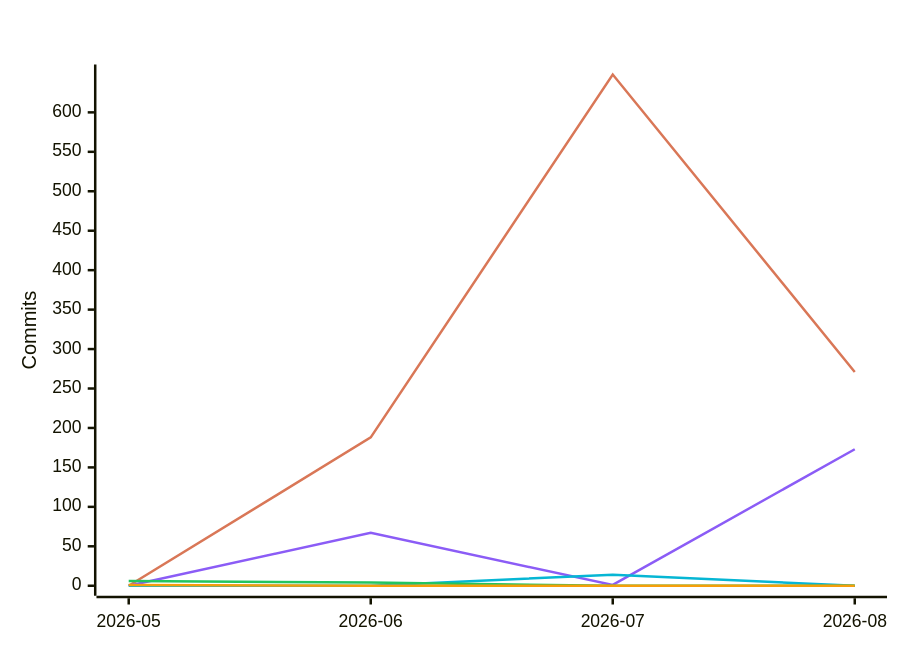
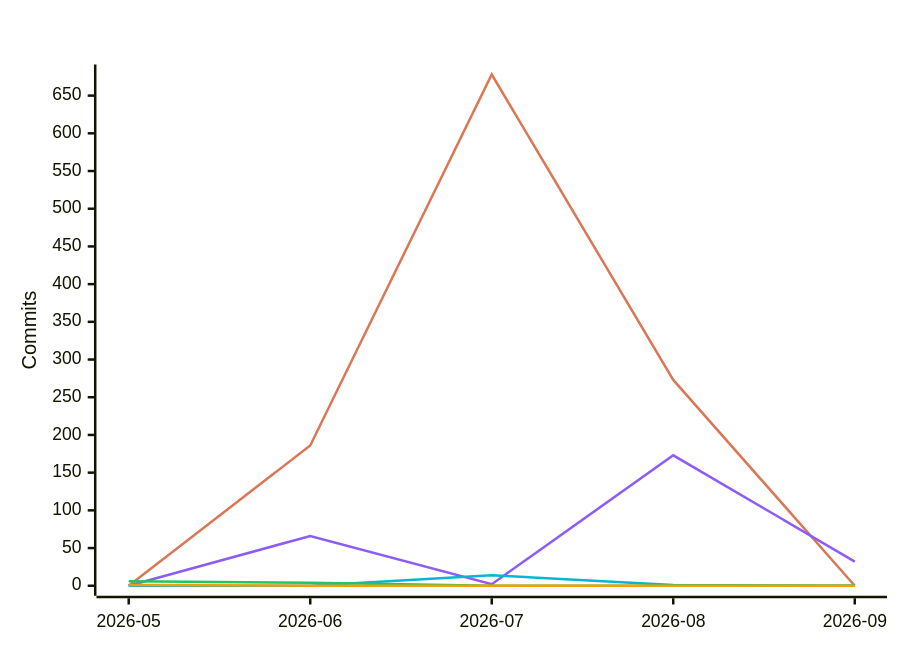
Before and after one commit to polo-nyan/polo-nyan: the fifth of 7 diagrams in README.md, drawn with Mermaid. The commit also changed other lines of this file and 1 other file, not shown here.

````diff
--- a/README.md
+++ b/README.md
@@ -313,12 +313,12 @@
 ```mermaid
 %%{init: {"xyChart": {"titleColor": "#ffffff", "xAxisLabelColor": "#ffffff", "yAxisLabelColor": "#ffffff"}, "themeVariables": {"xyChart": {"titleColor": "#ffffff", "plotColorPalette": "#d97757, #8b5cf6, #06b6d4, #22c55e, #f59e0b, #ec4899"}}}}%%
 xychart-beta
     title "Commits Per Month by Model Family"
-    x-axis ["2026-05", "2026-06", "2026-07", "2026-08"]
+    x-axis ["2026-05", "2026-06", "2026-07", "2026-08", "2026-09"]
     y-axis "Commits"
-    line [0, 188, 648, 271]
-    line [0, 67, 1, 173]
-    line [0, 0, 14, 0]
-    line [6, 4, 0, 0]
-    line [1, 0, 0, 0]
+    line [0, 186, 678, 273, 0]
+    line [0, 66, 2, 173, 32]
+    line [0, 0, 14, 1, 0]
+    line [6, 4, 0, 0, 0]
+    line [1, 0, 0, 0, 0]
 ```
````
